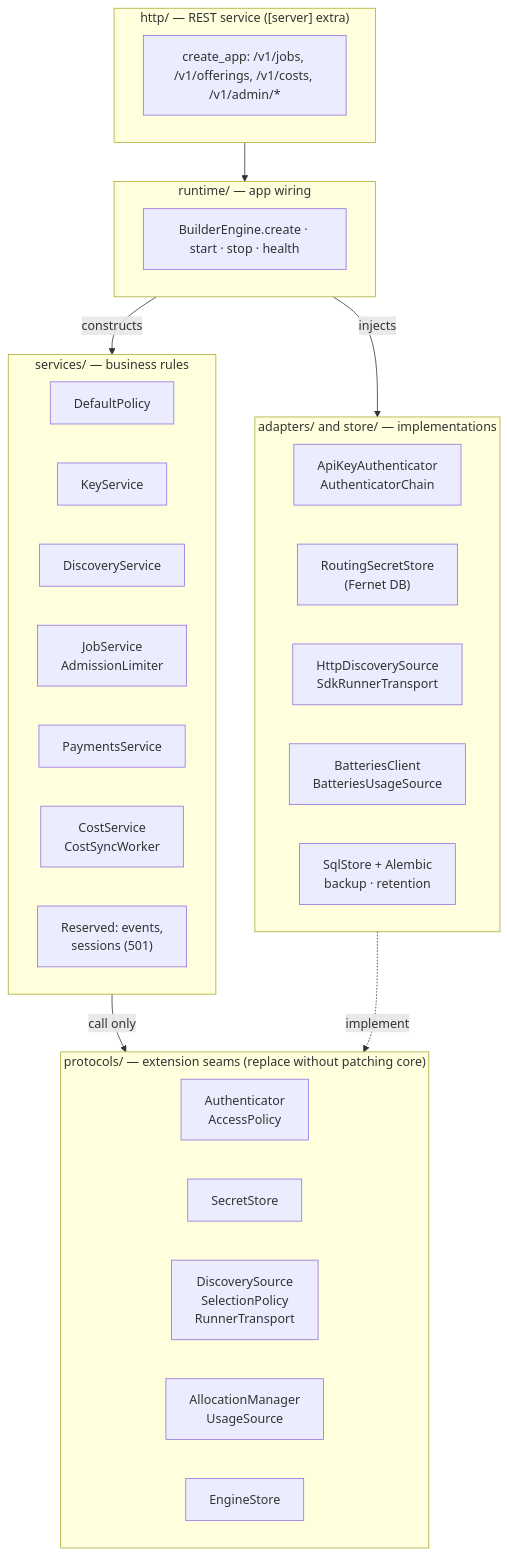
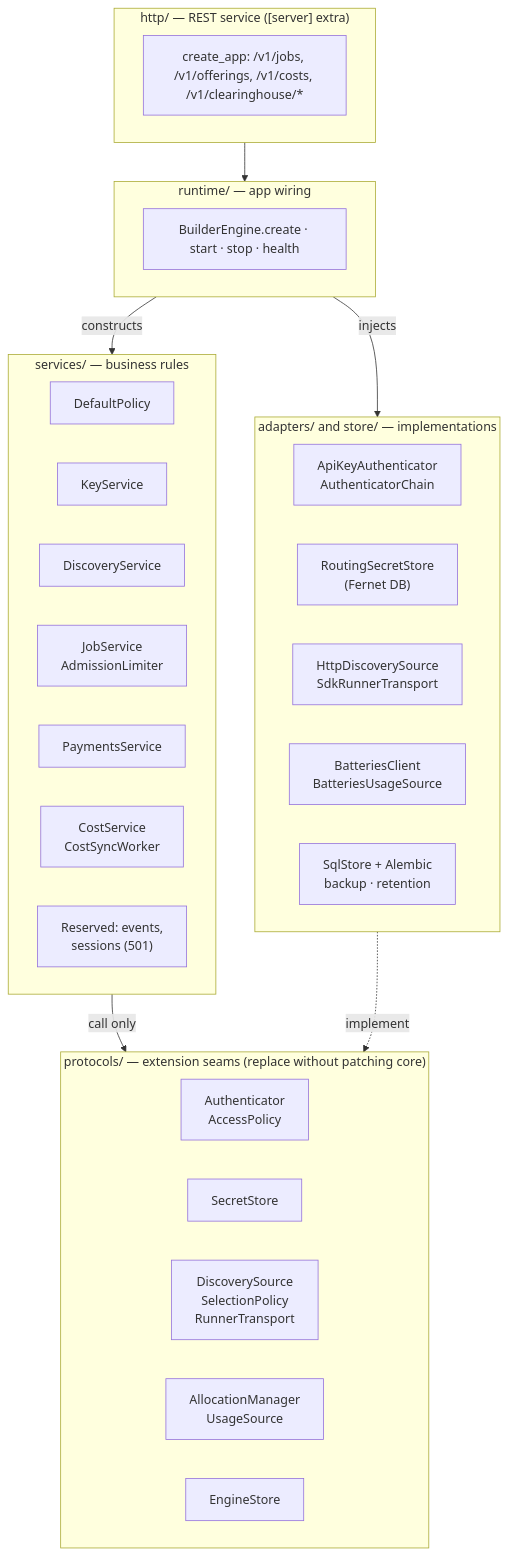
The second of 12 diagrams in docs/design-docs/architecture-diagrams.md (NE-Build-Track/livepeer-builder-core), drawn with Mermaid before and after one commit. The commit also changed other lines of this file and 24 other files, not shown here.

First line of the commit message:
refactor(http)!: the admin routes sit under /v1/clearinghouse (#163)

````diff
--- a/docs/design-docs/architecture-diagrams.md
+++ b/docs/design-docs/architecture-diagrams.md
@@ -61,40 +61,40 @@
 ```mermaid
 flowchart TB
     subgraph UI["http/ — REST service ([server] extra)"]
-        Routes["create_app: /v1/jobs, /v1/offerings, /v1/costs, /v1/admin/*"]
+        Routes["create_app: /v1/jobs, /v1/offerings, /v1/costs, /v1/clearinghouse/*"]
     end
     subgraph Wiring["runtime/ — app wiring"]
         BE["BuilderEngine.create · start · stop · health"]
     end
     subgraph Services["services/ — business rules"]
         direction LR
         Policy["DefaultPolicy"]
         Keys["KeyService"]
         Disc["DiscoveryService"]
         Jobs["JobService<br/>AdmissionLimiter"]
         Pay["PaymentsService"]
         Costs["CostService<br/>CostSyncWorker"]
         Res["Reserved: events,<br/>sessions (501)"]
     end
     subgraph Protocols["protocols/ — extension seams (replace without patching core)"]
         direction LR
         PAuth["Authenticator<br/>AccessPolicy"]
         PSec["SecretStore"]
         PNet["DiscoverySource<br/>SelectionPolicy<br/>RunnerTransport"]
         PPay["AllocationManager<br/>UsageSource"]
         PStore["EngineStore"]
     end
     subgraph Impl["adapters/ and store/ — implementations"]
         direction LR
         AAuth["ApiKeyAuthenticator<br/>AuthenticatorChain"]
         ASec["RoutingSecretStore<br/>(Fernet DB)"]
         ASdk["HttpDiscoverySource<br/>SdkRunnerTransport"]
         ABat["BatteriesClient<br/>BatteriesUsageSource"]
         SQL["SqlStore + Alembic<br/>backup · retention"]
     end
     UI --> Wiring
     Wiring -->|"constructs"| Services
     Wiring -->|"injects"| Impl
     Services -->|"call only"| Protocols
     Impl -.->|"implement"| Protocols
 ```
````
